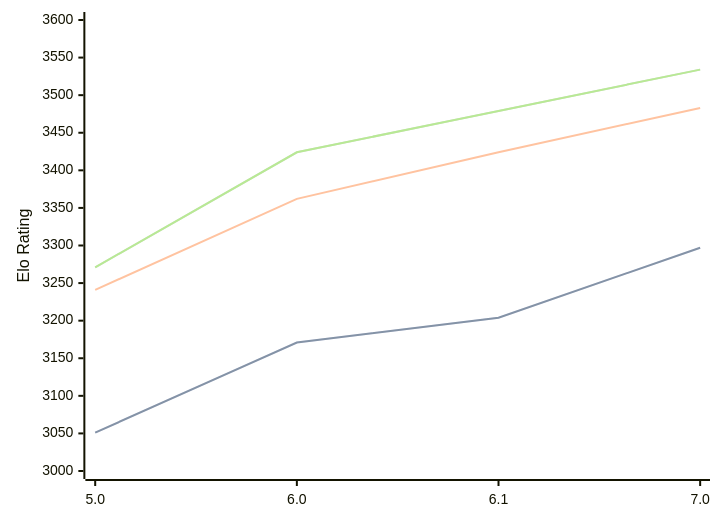
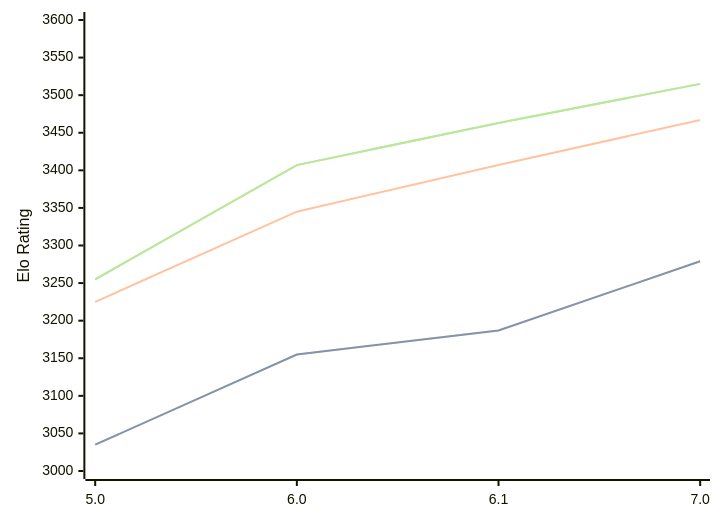
Before and after one commit to computer-chess-index/cci: the diagram in engines/PZChessBot.md, drawn with Mermaid. The commit also changed other lines of this file, not shown here.

Commit message:
Update CCI Ratings (ELO VLTC) - 2026-05-20

````diff
--- a/engines/PZChessBot.md
+++ b/engines/PZChessBot.md
@@ -43,11 +43,11 @@
 ```mermaid
 %%{init: {"theme":"base","themeVariables":{"seriesColors:['#a3a3a3','#222221','#faa371']}}}%%
 xychart-beta
   x-axis ["5.0", "6.0", "6.1", "7.0"]
   y-axis "Elo Rating" 3000 --> 3600
-  line "STC (8.0+0.08s)" [3051, 3171, 3204, 3297]
-  line "STC (8.0+0.08s)" [3051, 3171, 3204, 3297]
-  line "LTC (60.0+0.60s)" [3241, 3362, 3424, 3483]
-  line "VLTC (2m24s+1.12s)" [3271, 3424, 3479, 3534]
-  line "VLTC (2m24s+1.12s)" [3271, 3424, 3479, 3534]
+  line "STC (8.0+0.08s)" [3035, 3155, 3187, 3279]
+  line "STC (8.0+0.08s)" [3035, 3155, 3187, 3279]
+  line "LTC (60.0+0.60s)" [3225, 3345, 3407, 3467]
+  line "VLTC (2m24s+1.12s)" [3255, 3407, 3463, 3515]
+  line "VLTC (2m24s+1.12s)" [3255, 3407, 3463, 3515]
 ```
````
